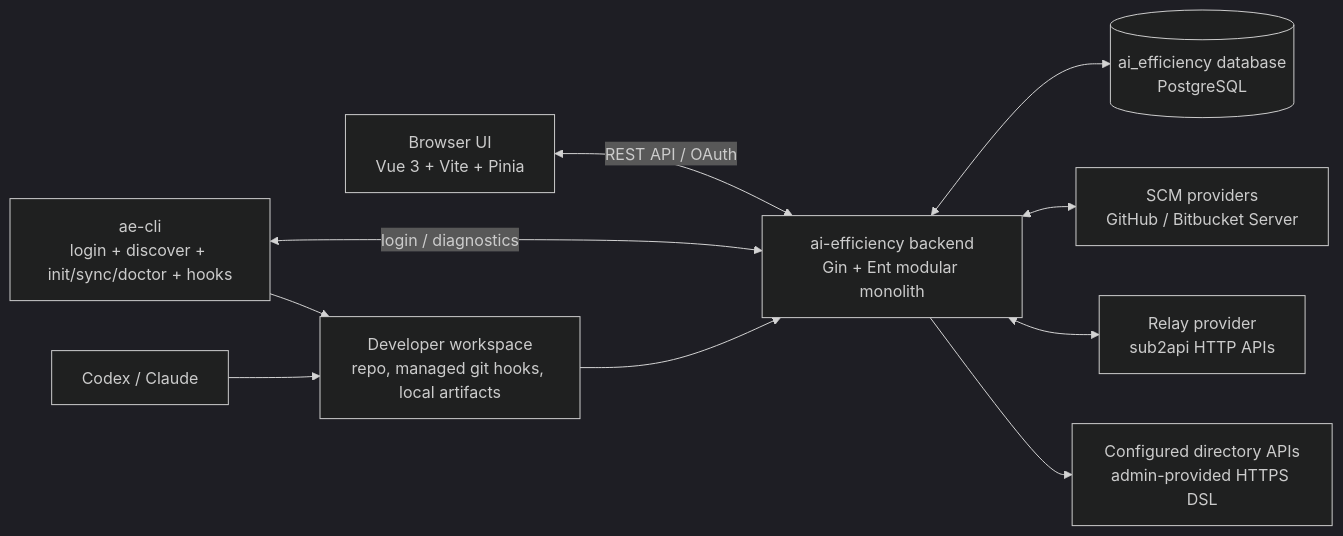
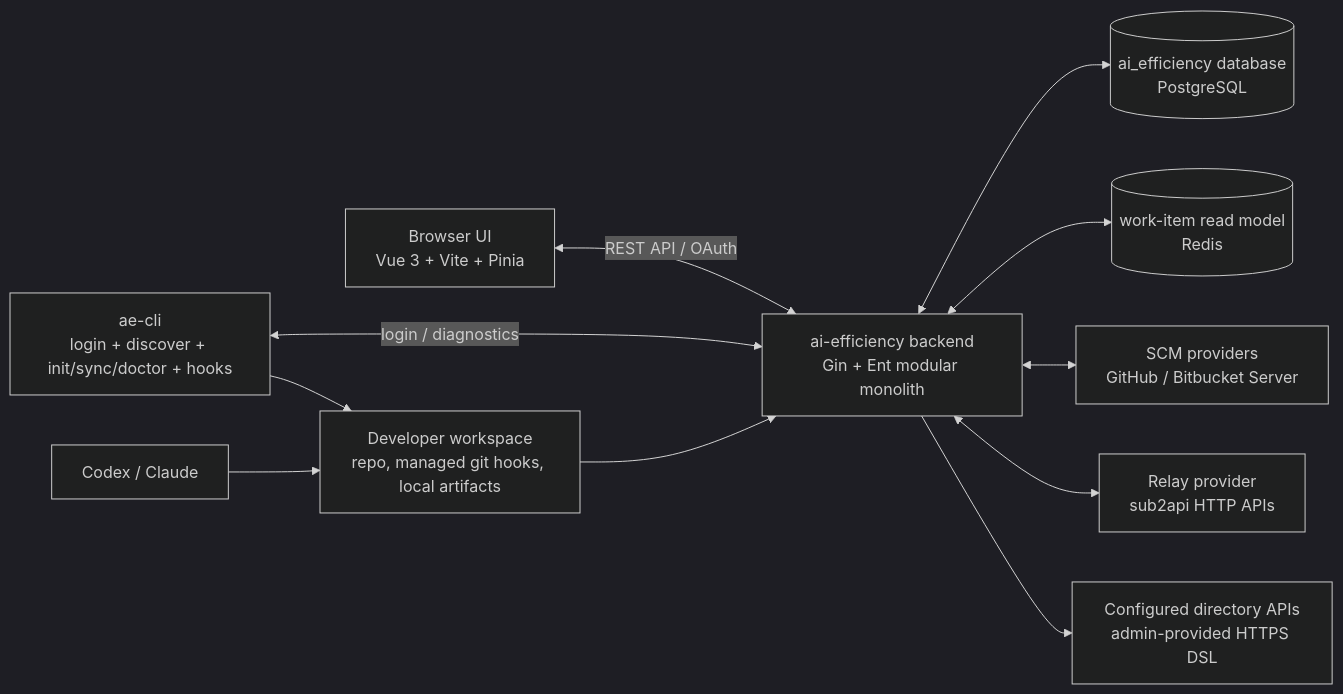
One commit to LichKing-2234/ai-efficiency changed the first of 4 diagrams in docs/architecture.md. Above: the diagram before and after it, drawn with Mermaid (dark theme). The commit also changed other lines of this file and 1 other file, not shown here.

Commit message:
docs(architecture): document work item read model

````diff
--- a/docs/architecture.md
+++ b/docs/architecture.md
@@ -37,22 +37,24 @@
 ```mermaid
 flowchart LR
     Browser["Browser UI<br/>Vue 3 + Vite + Pinia"]
     CLI["ae-cli<br/>login + discover + init/sync/doctor + hooks"]
     Tool["Codex / Claude"]
     Backend["ai-efficiency backend<br/>Gin + Ent modular monolith"]
     DB[("ai_efficiency database<br/>PostgreSQL")]
+    Redis[("work-item read model<br/>Redis")]
     SCM["SCM providers<br/>GitHub / Bitbucket Server"]
     Relay["Relay provider<br/>sub2api HTTP APIs"]
     Directory["Configured directory APIs<br/>admin-provided HTTPS DSL"]
     Workspace["Developer workspace<br/>repo, managed git hooks, local artifacts"]
 
     Browser <-->|REST API / OAuth| Backend
     CLI <-->|login / diagnostics| Backend
     CLI --> Workspace
     Tool --> Workspace
     Workspace --> Backend
     Backend <--> DB
+    Backend <--> Redis
     Backend <--> SCM
     Backend <--> Relay
     Backend --> Directory
 ```
````
